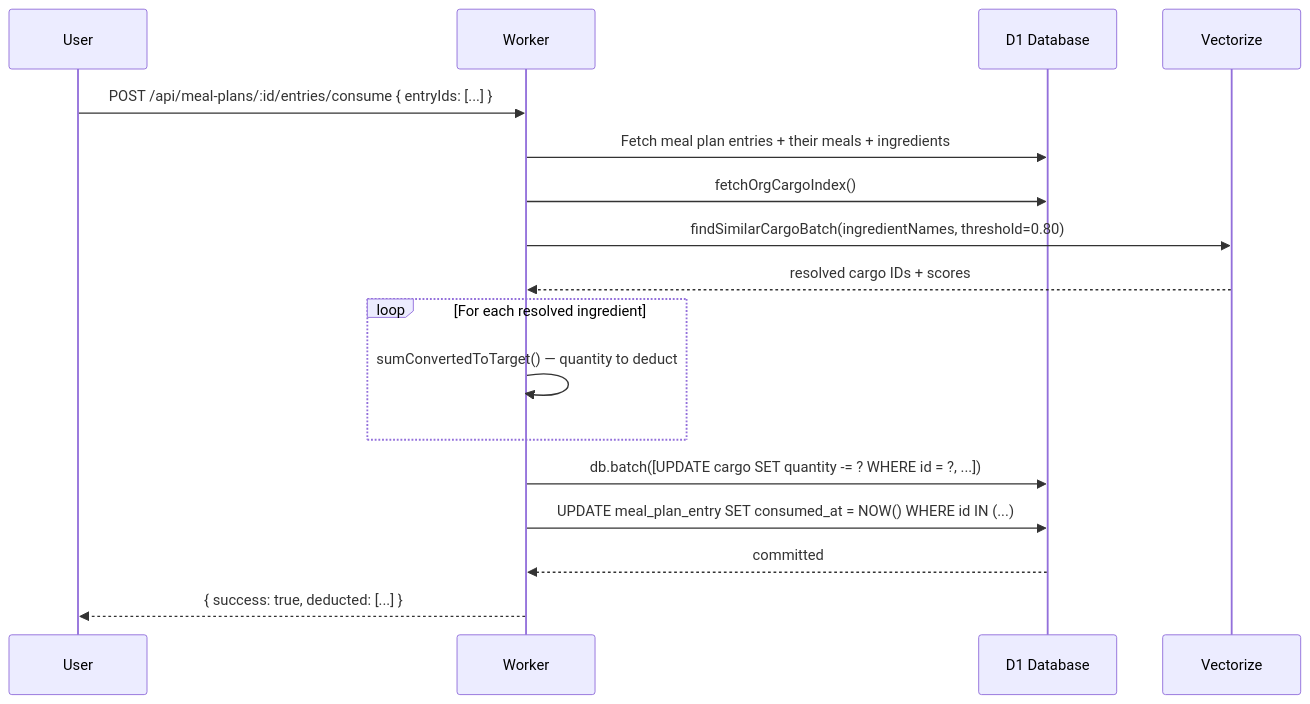
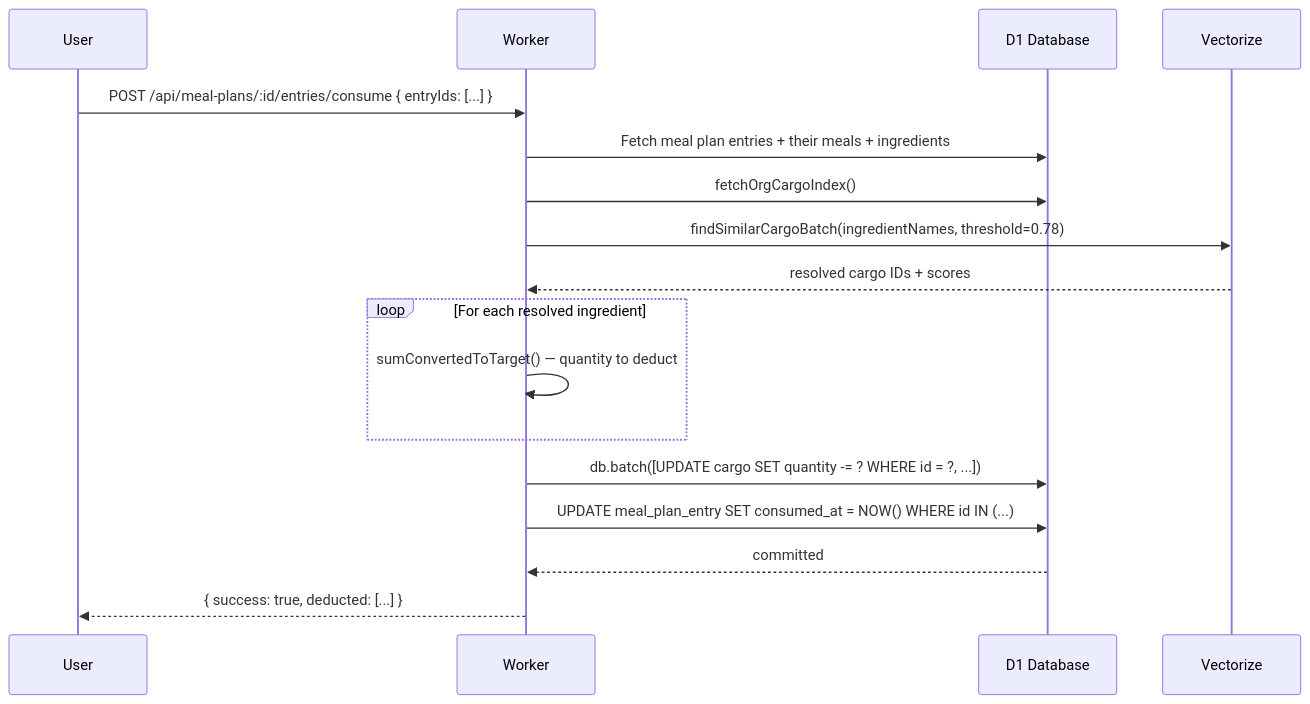
Before and after one commit to bjamesdowning/ration-mirror: diagram 11 of 23 in README.md, drawn with Mermaid. The commit also changed other lines of this file and 16 other files, not shown here.

````diff
--- a/README.md
+++ b/README.md
@@ -585,22 +586,22 @@
 ```mermaid
 sequenceDiagram
     participant User as User
     participant Worker as Worker
     participant D1 as D1 Database
     participant Vectorize as Vectorize
 
     User->>Worker: POST /api/meal-plans/:id/entries/consume { entryIds: [...] }
     Worker->>D1: Fetch meal plan entries + their meals + ingredients
     Worker->>D1: fetchOrgCargoIndex()
-    Worker->>Vectorize: findSimilarCargoBatch(ingredientNames, threshold=0.80)
+    Worker->>Vectorize: findSimilarCargoBatch(ingredientNames, threshold=0.78)
     Vectorize-->>Worker: resolved cargo IDs + scores
 
     loop For each resolved ingredient
         Worker->>Worker: sumConvertedToTarget() — quantity to deduct
     end
 
     Worker->>D1: db.batch([UPDATE cargo SET quantity -= ? WHERE id = ?, ...])
     Worker->>D1: UPDATE meal_plan_entry SET consumed_at = NOW() WHERE id IN (...)
     D1-->>Worker: committed
     Worker-->>User: { success: true, deducted: [...] }
 ```
````
